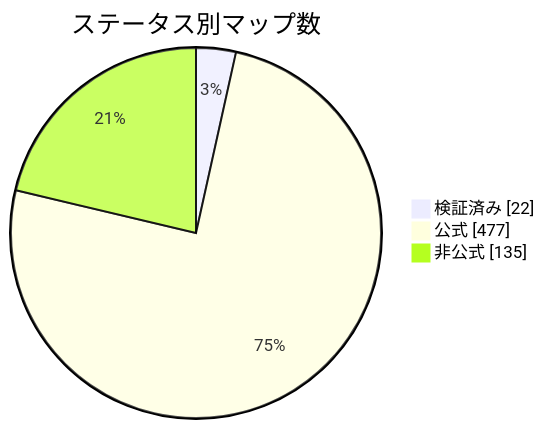
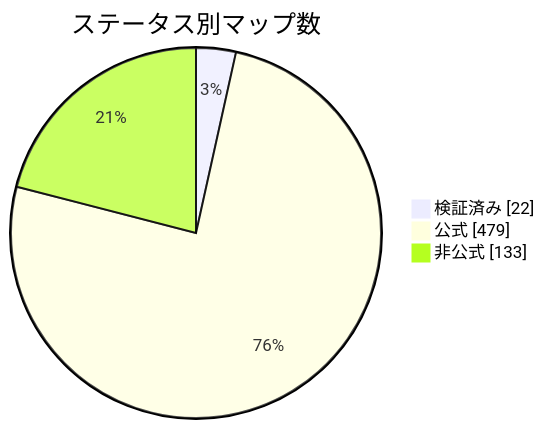
Before and after one commit to nobrega8/mbmap-library: the diagram in docs/readme/README_JP.md, drawn with Mermaid. The commit also changed 7 other files, not shown here.

````diff
--- a/docs/readme/README_JP.md
+++ b/docs/readme/README_JP.md
@@ -54,7 +54,7 @@
 ```mermaid
 pie showData
     title ステータス別マップ数
     "検証済み" : 22
-    "公式" : 477
-    "非公式" : 135
+    "公式" : 479
+    "非公式" : 133
 ```
````
